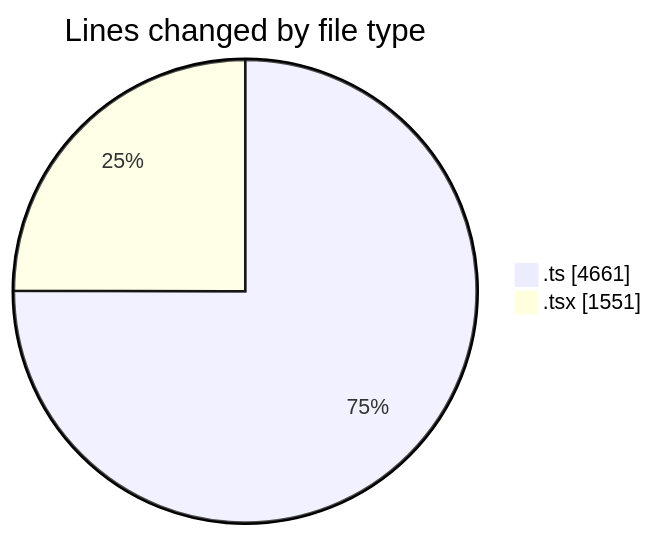
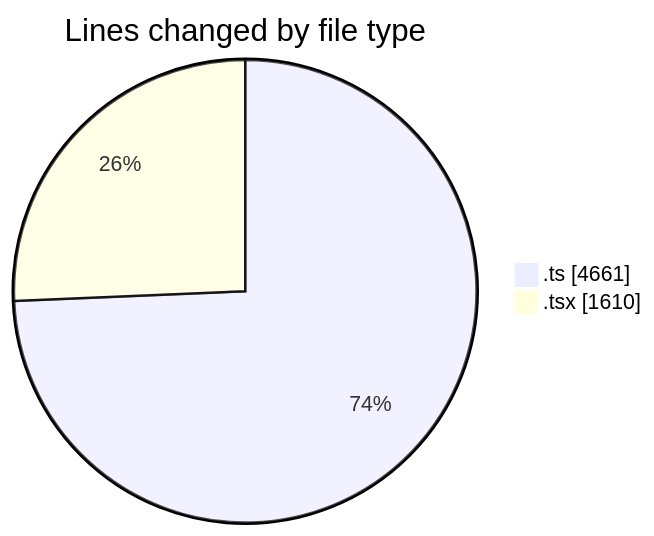
One commit to JenPaints/code-tracking changed the first of 2 diagrams in 2025-07-25/cohera/README.md. Above: the diagram before and after it, drawn with Mermaid. The commit also changed other lines of this file and 1 other file, not shown here.

````diff
--- a/2025-07-25/cohera/README.md
+++ b/2025-07-25/cohera/README.md
@@ -31,6 +31,6 @@
 ```mermaid
 pie showData
 title Lines changed by file type
 ".ts" : 4661
-".tsx" : 1551
+".tsx" : 1610
 ```
````
